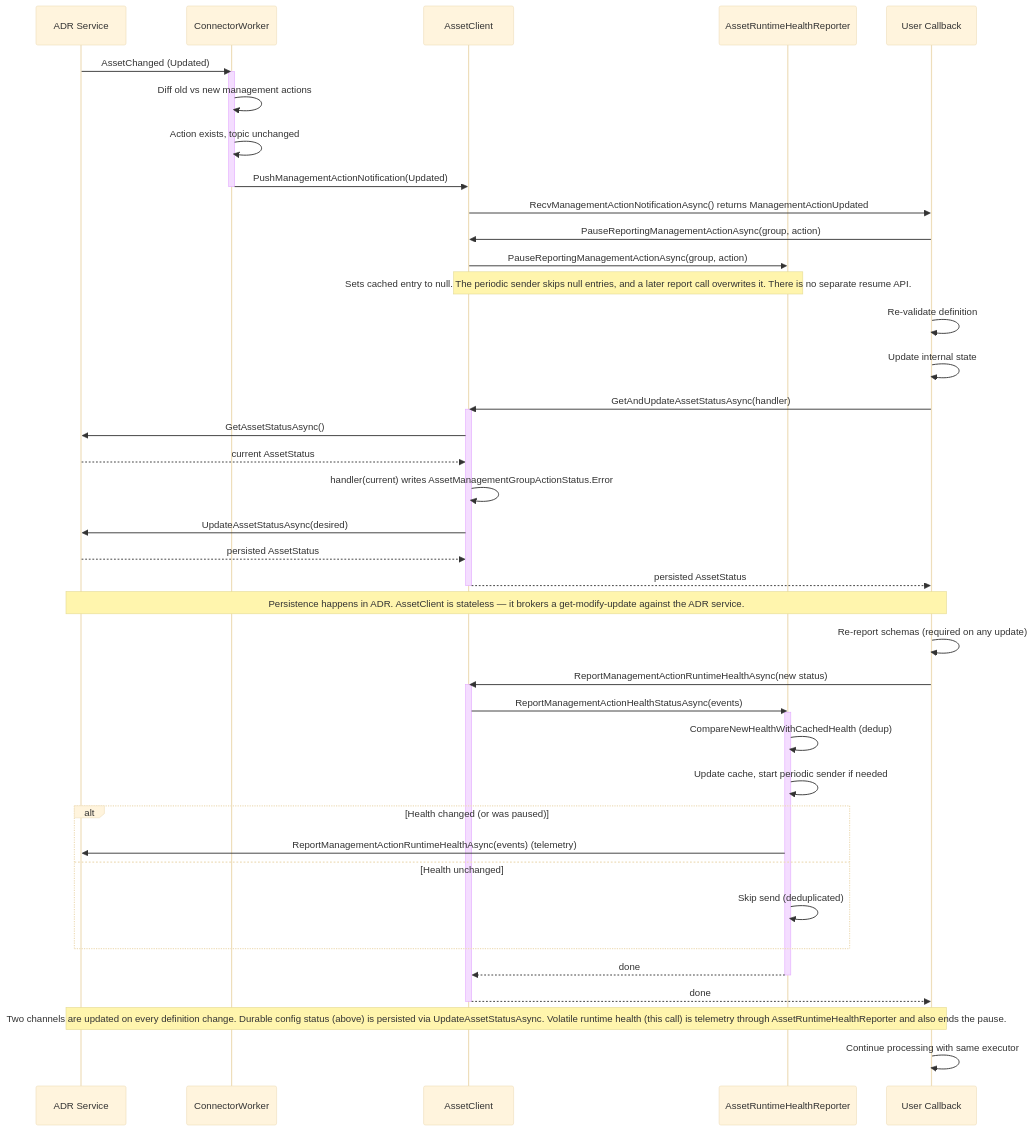
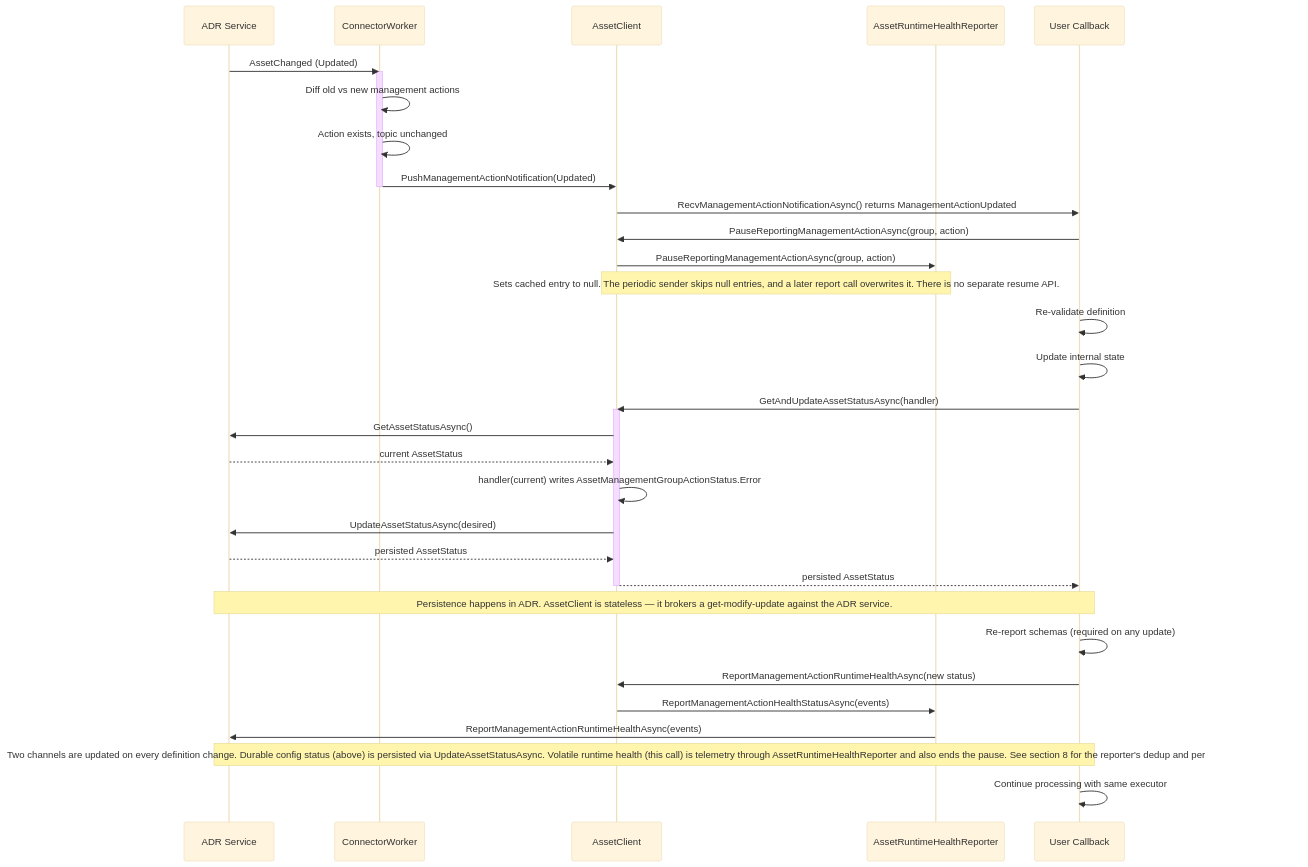
The sixth of 10 diagrams in doc/dev/tmp/management-action-implementation-design.md (Azure/iot-operations-sdks), drawn with Mermaid (base theme) before and after one commit. The commit also changed other lines of this file, not shown here.

````diff
--- a/doc/dev/tmp/management-action-implementation-design.md
+++ b/doc/dev/tmp/management-action-implementation-design.md
@@ -704,51 +704,39 @@
 ```mermaid
 sequenceDiagram
     participant ADR as ADR Service
     participant CW as ConnectorWorker
     participant AC as AssetClient
     participant HR as AssetRuntimeHealthReporter
     participant User as User Callback
 
     ADR->>CW: AssetChanged (Updated)
     activate CW
     CW->>CW: Diff old vs new management actions
     CW->>CW: Action exists, topic unchanged
 
     CW->>AC: PushManagementActionNotification(Updated)
     deactivate CW
     AC->>User: RecvManagementActionNotificationAsync() returns ManagementActionUpdated
 
     User->>AC: PauseReportingManagementActionAsync(group, action)
     AC->>HR: PauseReportingManagementActionAsync(group, action)
     Note over AC,HR: Sets cached entry to null. The periodic sender skips null entries, and a later report call overwrites it. There is no separate resume API.
     User->>User: Re-validate definition
     User->>User: Update internal state
     User->>AC: GetAndUpdateAssetStatusAsync(handler)
     activate AC
     AC->>ADR: GetAssetStatusAsync()
     ADR-->>AC: current AssetStatus
     AC->>AC: handler(current) writes AssetManagementGroupActionStatus.Error
     AC->>ADR: UpdateAssetStatusAsync(desired)
     ADR-->>AC: persisted AssetStatus
     AC-->>User: persisted AssetStatus
     deactivate AC
     Note over User,ADR: Persistence happens in ADR. AssetClient is stateless — it brokers a get-modify-update against the ADR service.
     User->>User: Re-report schemas (required on any update)
     User->>AC: ReportManagementActionRuntimeHealthAsync(new status)
-    activate AC
     AC->>HR: ReportManagementActionHealthStatusAsync(events)
-    activate HR
-    HR->>HR: CompareNewHealthWithCachedHealth (dedup)
-    HR->>HR: Update cache, start periodic sender if needed
-    alt Health changed (or was paused)
-        HR->>ADR: ReportManagementActionRuntimeHealthAsync(events) (telemetry)
-    else Health unchanged
-        HR->>HR: Skip send (deduplicated)
-    end
-    HR-->>AC: done
-    deactivate HR
-    AC-->>User: done
-    deactivate AC
-    Note over User,ADR: Two channels are updated on every definition change. Durable config status (above) is persisted via UpdateAssetStatusAsync. Volatile runtime health (this call) is telemetry through AssetRuntimeHealthReporter and also ends the pause.
+    HR->>ADR: ReportManagementActionRuntimeHealthAsync(events)
+    Note over User,ADR: Two channels are updated on every definition change. Durable config status (above) is persisted via UpdateAssetStatusAsync. Volatile runtime health (this call) is telemetry through AssetRuntimeHealthReporter and also ends the pause. See section 8 for the reporter's dedup and periodic re-send behavior.
     User->>User: Continue processing with same executor
 ```
````
